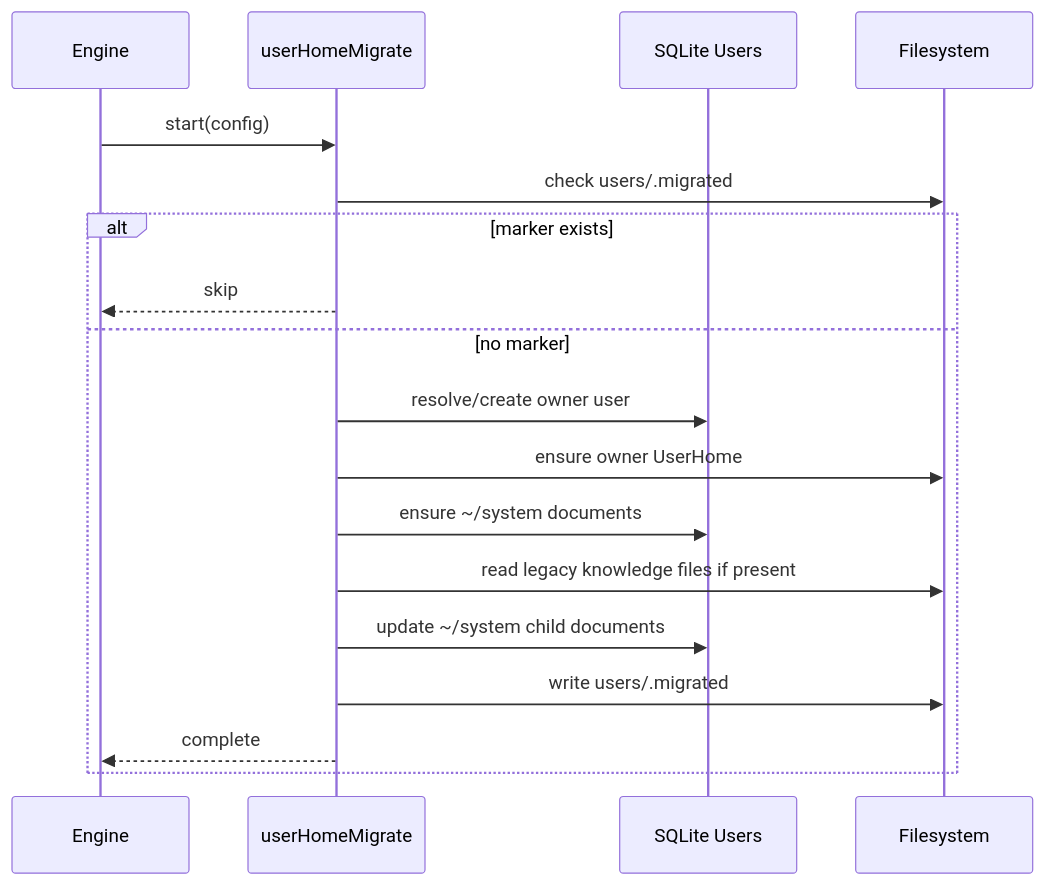
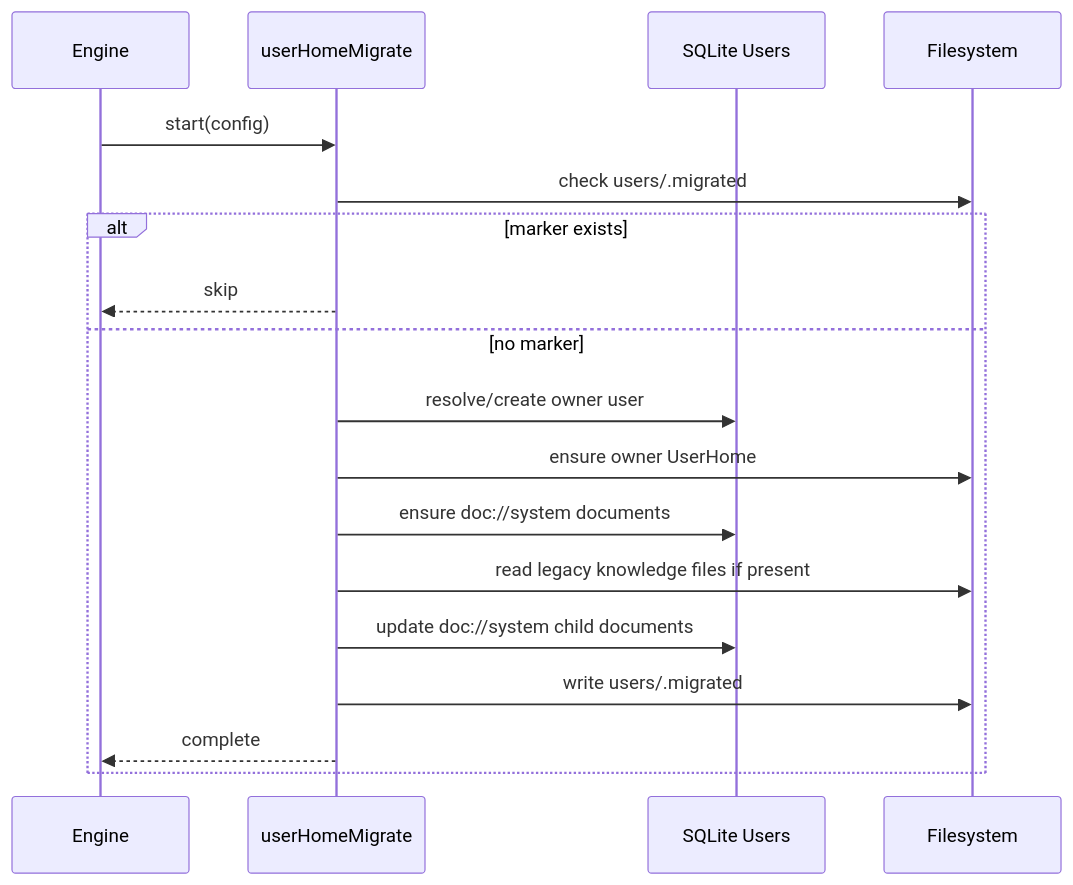
Before and after one commit to ex3ndr/daycare: the second of 2 diagrams in packages/daycare/sources/engine/users/README.md, drawn with Mermaid. The commit also changed other lines of this file and 40 other files, not shown here.

````diff
--- a/packages/daycare/sources/engine/users/README.md
+++ b/packages/daycare/sources/engine/users/README.md
@@ -60,21 +60,21 @@
 ```mermaid
 sequenceDiagram
     participant Engine
     participant Migrate as userHomeMigrate
     participant DB as SQLite Users
     participant FS as Filesystem
 
     Engine->>Migrate: start(config)
     Migrate->>FS: check users/.migrated
     alt marker exists
         Migrate-->>Engine: skip
     else no marker
         Migrate->>DB: resolve/create owner user
         Migrate->>FS: ensure owner UserHome
-        Migrate->>DB: ensure ~/system documents
+        Migrate->>DB: ensure doc://system documents
         Migrate->>FS: read legacy knowledge files if present
-        Migrate->>DB: update ~/system child documents
+        Migrate->>DB: update doc://system child documents
         Migrate->>FS: write users/.migrated
         Migrate-->>Engine: complete
     end
 ```
````
